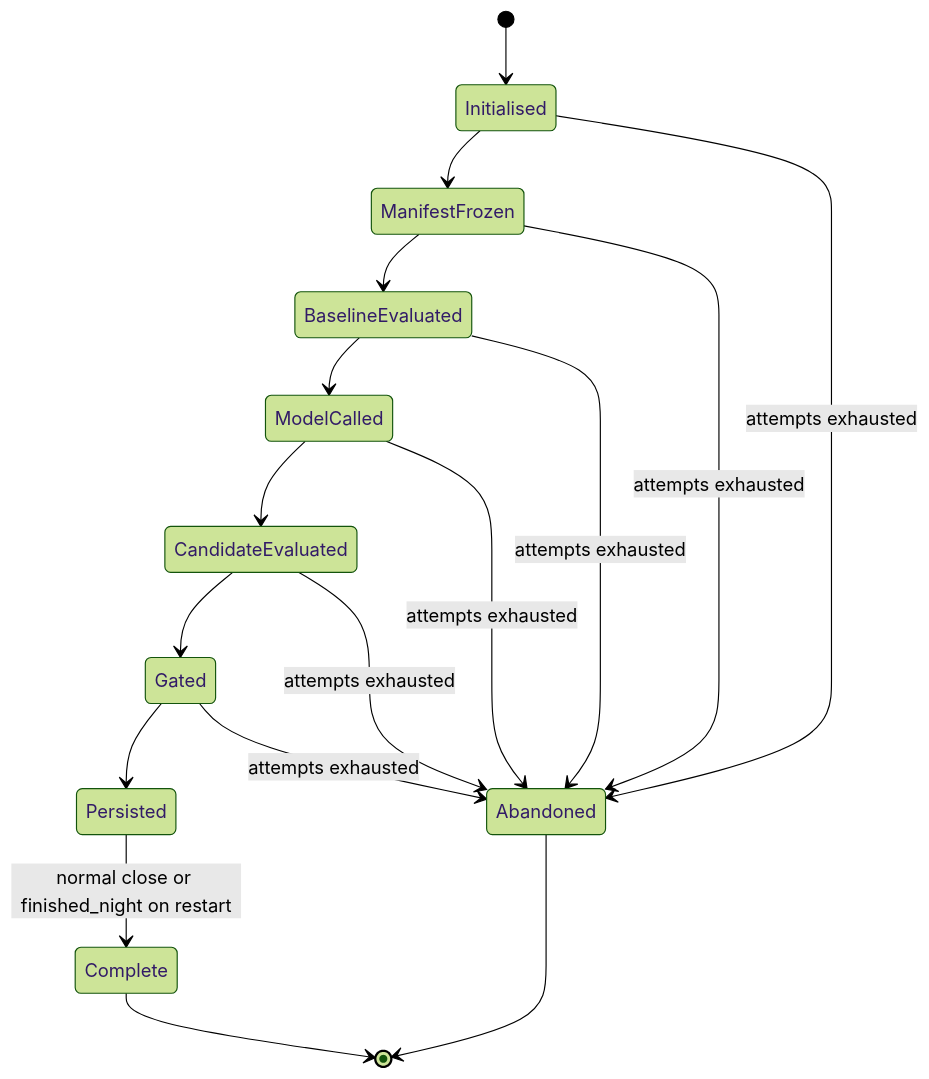
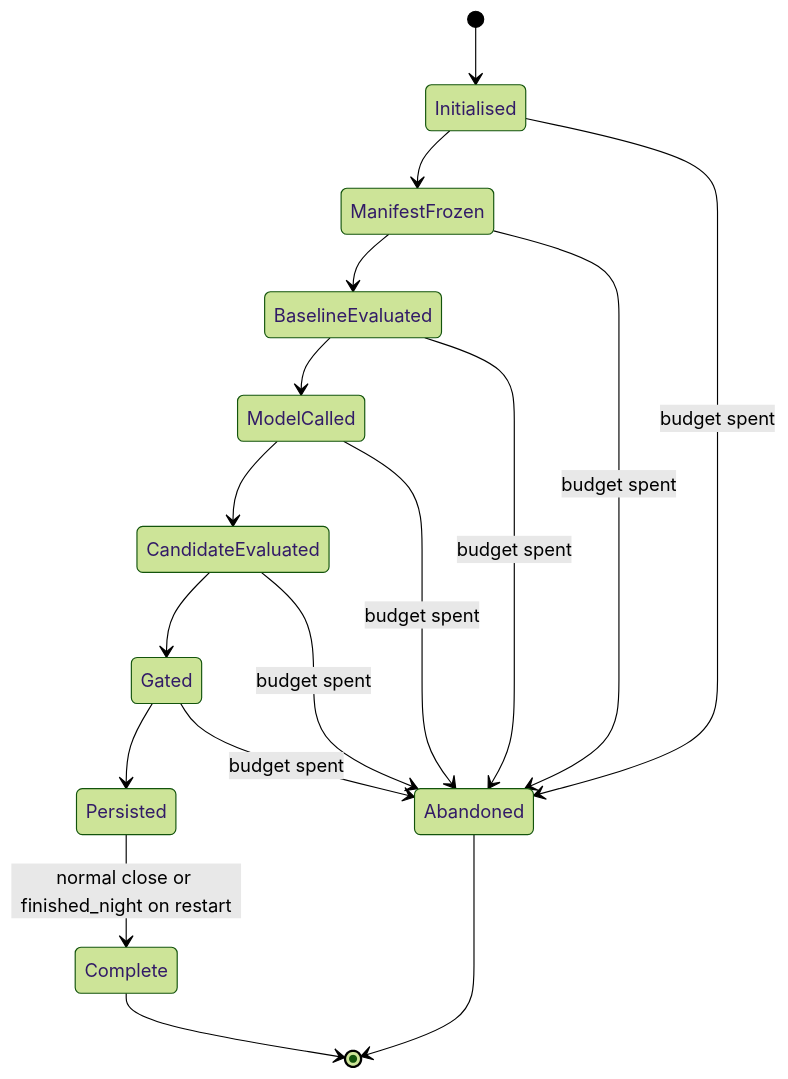
The first of 4 diagrams in docs/diagrams/nightly/01-the-nightly-loop-and-run-state.md (DreamLab-AI/dream-engine), drawn with Mermaid (forest theme) before and after one commit. The commit also changed other lines of this file and 11 other files, not shown here.

Commit message:
docs: reconcile all dream-engine diagrams with current source contracts

````diff
--- a/docs/diagrams/nightly/01-the-nightly-loop-and-run-state.md
+++ b/docs/diagrams/nightly/01-the-nightly-loop-and-run-state.md
@@ -65,19 +53,19 @@
 ```mermaid
 stateDiagram-v2
     [*] --> Initialised
     Initialised --> ManifestFrozen
     ManifestFrozen --> BaselineEvaluated
     BaselineEvaluated --> ModelCalled
     ModelCalled --> CandidateEvaluated
     CandidateEvaluated --> Gated
     Gated --> Persisted
     Persisted --> Complete : normal close or finished_night on restart
-    Initialised --> Abandoned : attempts exhausted
-    ManifestFrozen --> Abandoned : attempts exhausted
-    BaselineEvaluated --> Abandoned : attempts exhausted
-    ModelCalled --> Abandoned : attempts exhausted
-    CandidateEvaluated --> Abandoned : attempts exhausted
-    Gated --> Abandoned : attempts exhausted
+    Initialised --> Abandoned : budget spent
+    ManifestFrozen --> Abandoned : budget spent
+    BaselineEvaluated --> Abandoned : budget spent
+    ModelCalled --> Abandoned : budget spent
+    CandidateEvaluated --> Abandoned : budget spent
+    Gated --> Abandoned : budget spent
     Complete --> [*]
     Abandoned --> [*]
 ```
````
